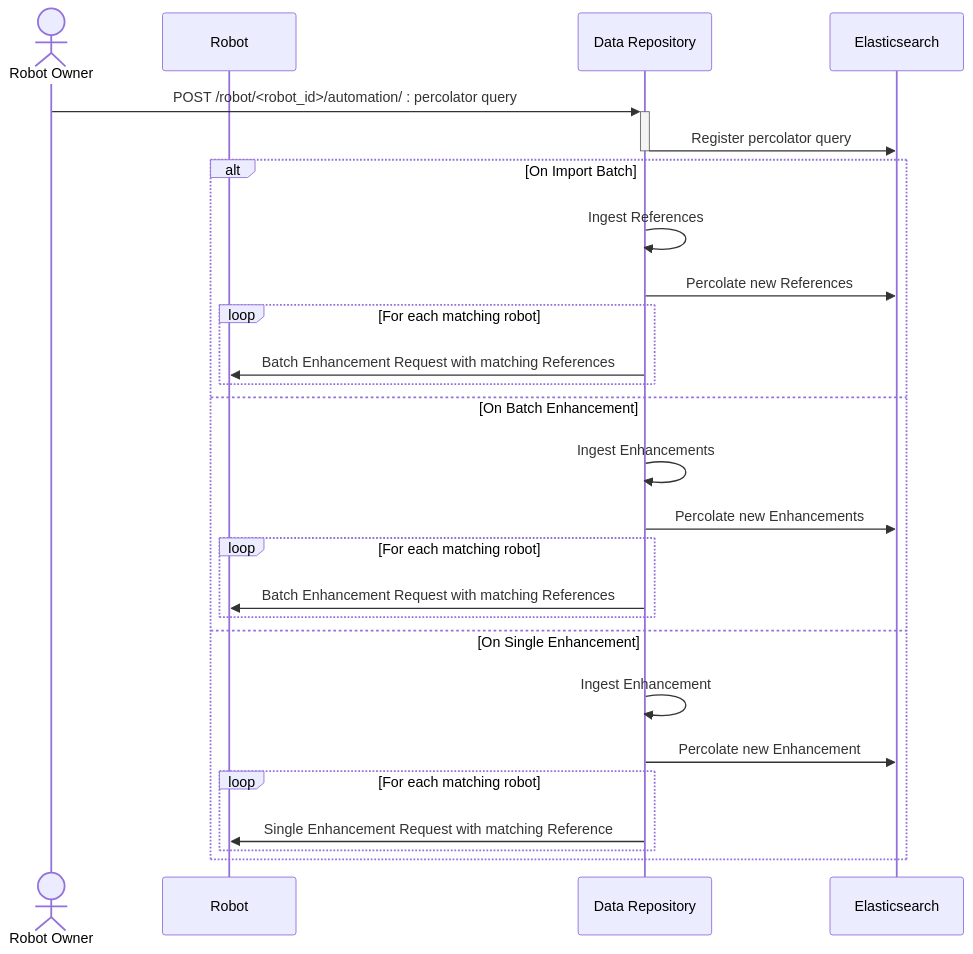
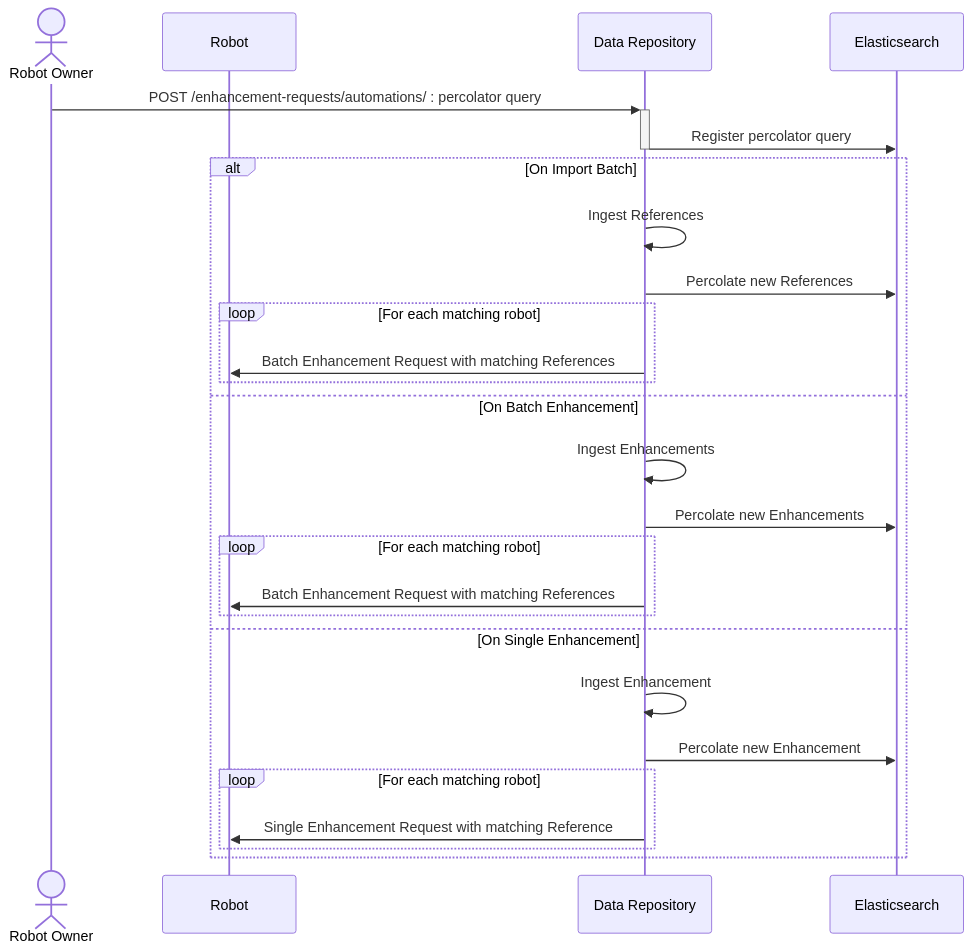
The first of 2 diagrams in docs/procedures/robot-automation.rst (destiny-evidence/destiny-repository), drawn with Mermaid before and after one commit. The commit also changed other lines of this file and 4 other files, not shown here.

```diff
--- a/docs/procedures/robot-automation.rst
+++ b/docs/procedures/robot-automation.rst
@@ -8,30 +8,30 @@
 .. mermaid::
 
     sequenceDiagram
         Actor RO as Robot Owner
         participant R as Robot
         participant DR as Data Repository
         participant ES as Elasticsearch
 
-        RO->>+DR: POST /robot/<robot_id>/automation/ : percolator query
+        RO->>+DR: POST /enhancement-requests/automations/ : percolator query
         DR->>-ES: Register percolator query
 
         alt On Import Batch
             DR->>DR: Ingest References
             DR->>ES: Percolate new References
             loop For each matching robot
                 DR->>R: Batch Enhancement Request with matching References
             end
         else On Batch Enhancement
             DR->>DR: Ingest Enhancements
             DR->>ES: Percolate new Enhancements
             loop For each matching robot
                 DR->>R: Batch Enhancement Request with matching References
             end
         else On Single Enhancement
             DR->>DR: Ingest Enhancement
             DR->>ES: Percolate new Enhancement
             loop For each matching robot
                 DR->>R: Single Enhancement Request with matching Reference
             end
         end
```
